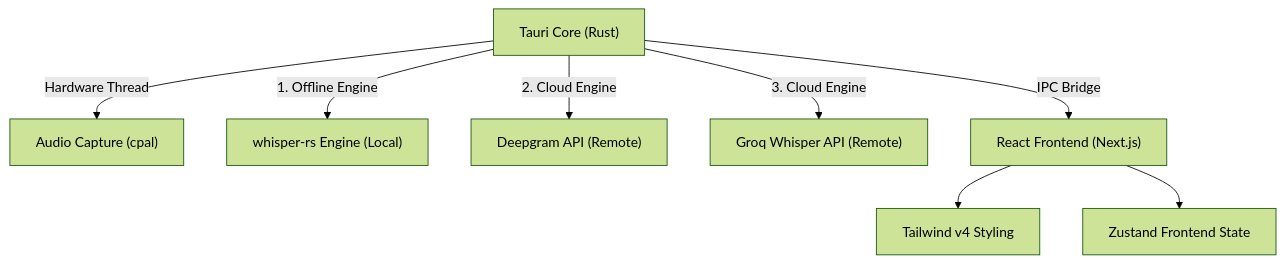
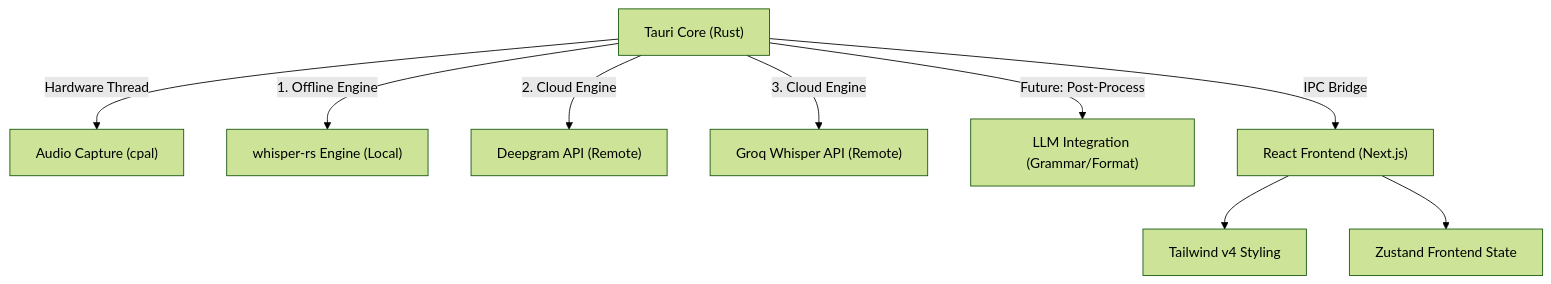
Before and after one commit to AVP-Dev/nyx-vox: the diagram in docs/TECHNICAL.md, drawn with Mermaid (forest theme). The commit also changed other lines of this file and 3 other files, not shown here.

Commit message:
docs: finalize readme and technical specs with contributor info and AI roadmap

````diff
--- a/docs/TECHNICAL.md
+++ b/docs/TECHNICAL.md
@@ -24,10 +24,11 @@
 ```mermaid
 graph TD
     A["Tauri Core (Rust)"] -->|Hardware Thread| C["Audio Capture (cpal)"]
     A -->|1. Offline Engine| B["whisper-rs Engine (Local)"]
     A -->|2. Cloud Engine| G["Deepgram API (Remote)"]
     A -->|3. Cloud Engine| H["Groq Whisper API (Remote)"]
+    A -->|Future: Post-Process| I["LLM Integration (Grammar/Format)"]
     A -->|IPC Bridge| D["React Frontend (Next.js)"]
     D --> E["Tailwind v4 Styling"]
     D --> F["Zustand Frontend State"]
 ```
````
